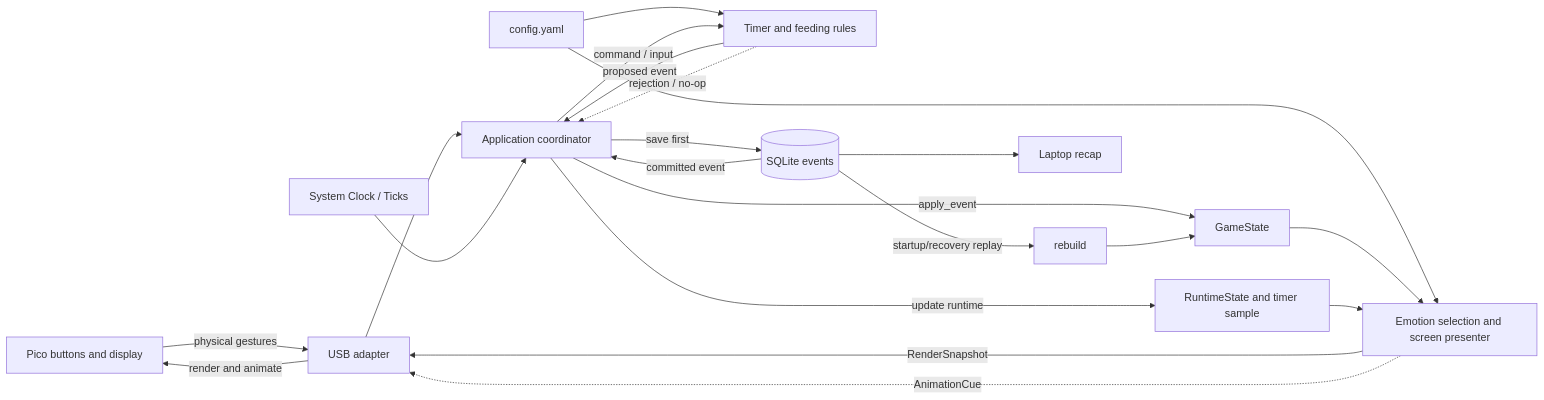
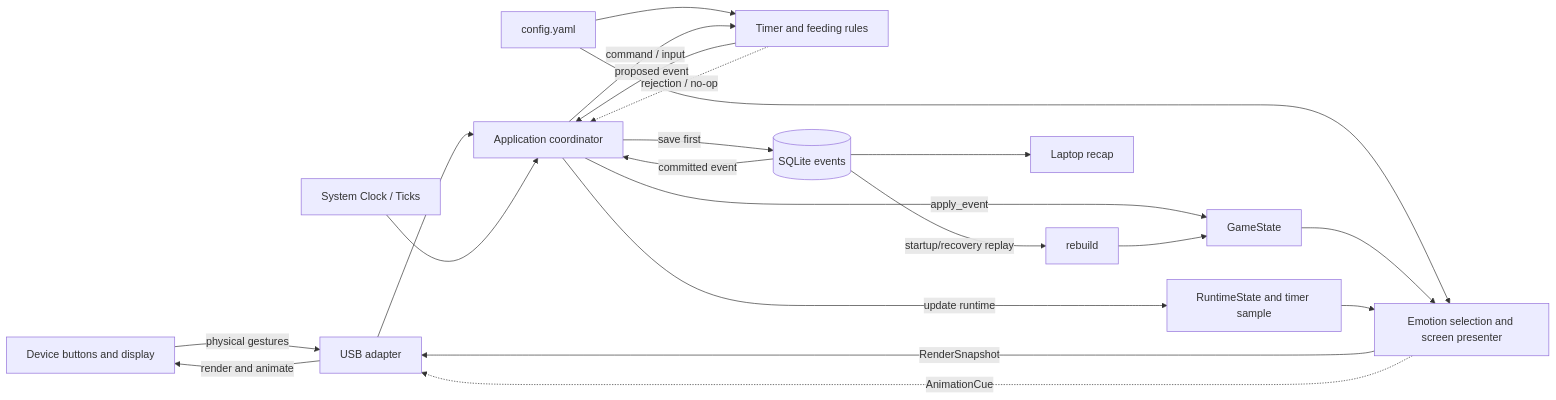
The second of 2 diagrams in docs/system_design.md (Ju5t1nL3/Hus-Kitchen), drawn with Mermaid before and after one commit. The commit also changed other lines of this file and 98 other files, not shown here.

````diff
--- a/docs/system_design.md
+++ b/docs/system_design.md
@@ -29,32 +30,32 @@
 ```mermaid
 flowchart LR
     %% Inputs
-    Pico[Pico buttons and display] -->|physical gestures| USB[USB adapter]
+    Device[Device buttons and display] -->|physical gestures| USB[USB adapter]
     USB --> App[Application coordinator]
     Clock[System Clock / Ticks] --> App
     Config[config.yaml] --> Rules
     Config --> View
 
     %% Logic & Rejection
     App -->|command / input| Rules[Timer and feeding rules]
     Rules -->|proposed event| App
     Rules -.->|rejection / no-op| App
 
     %% State & Storage
     App -->|save first| DB[(SQLite events)]
     DB -->|committed event| App
     App -->|apply_event| State[GameState]
     DB -->|startup/recovery replay| Rebuild[rebuild]
     Rebuild --> State
     DB --> Reports[Laptop recap]
 
     %% Presentation & Emotion
     App -->|update runtime| Runtime
     State --> View[Emotion selection and screen presenter]
     Runtime[RuntimeState and timer sample] --> View
     View -->|RenderSnapshot| USB
     View -.->|AnimationCue| USB
 
     %% Output
-    USB -->|render and animate| Pico
+    USB -->|render and animate| Device
 ```
````
